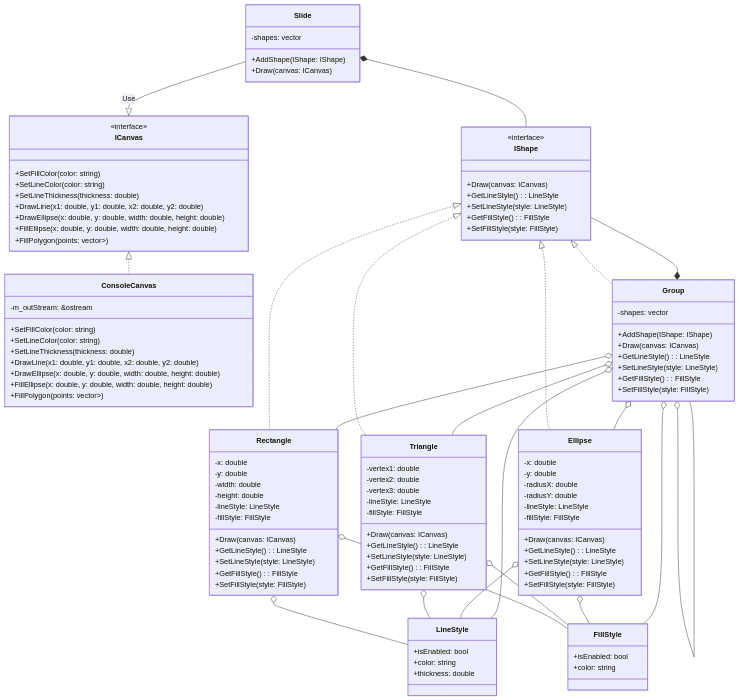
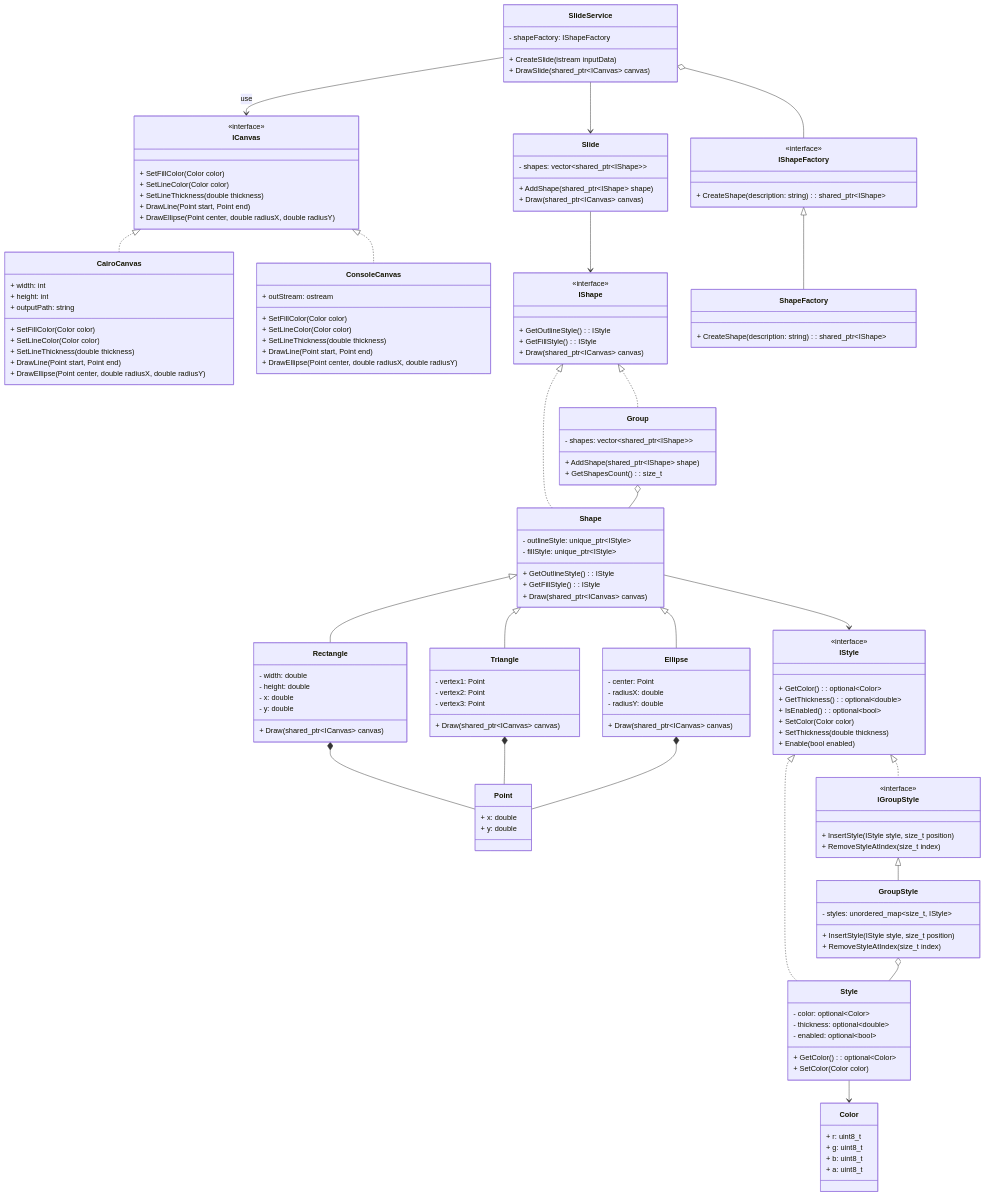
The diagram in 7/uml.md (Thehedgeh0g/OODLabs), drawn with Mermaid before and after one commit. The commit also changed 12 other files, not shown here.

````diff
--- a/7/uml.md
+++ b/7/uml.md
@@ -1,122 +1,171 @@
 ```mermaid
 classDiagram
+%% Canvas Section
     class ICanvas {
         <<interface>>
-        +SetFillColor(color: string)
-        +SetLineColor(color: string)
-        +SetLineThickness(thickness: double)
-        +DrawLine(x1: double, y1: double, x2: double, y2: double)
-        +DrawEllipse(x: double, y: double, width: double, height: double)
-        +FillEllipse(x: double, y: double, width: double, height: double)
-        +FillPolygon(points: vector<pair<double, double>>)
-    }
-    
-    class ConsoleCanvas {
-        -m_outStream: &ostream
-        +SetFillColor(color: string)
-        +SetLineColor(color: string)
-        +SetLineThickness(thickness: double)
-        +DrawLine(x1: double, y1: double, x2: double, y2: double)
-        +DrawEllipse(x: double, y: double, width: double, height: double)
-        +FillEllipse(x: double, y: double, width: double, height: double)
-        +FillPolygon(points: vector<pair<double, double>>)
+        + SetFillColor(Color color)
+        + SetLineColor(Color color)
+        + SetLineThickness(double thickness)
+        + DrawLine(Point start, Point end)
+        + DrawEllipse(Point center, double radiusX, double radiusY)
     }
 
-    class LineStyle {
-        +isEnabled: bool
-        +color: string
-        +thickness: double
+    class CairoCanvas {
+        + width: int
+        + height: int
+        + outputPath: string
+        + SetFillColor(Color color)
+        + SetLineColor(Color color)
+        + SetLineThickness(double thickness)
+        + DrawLine(Point start, Point end)
+        + DrawEllipse(Point center, double radiusX, double radiusY)
     }
 
-    class FillStyle {
-        +isEnabled: bool
-        +color: string
+    class ConsoleCanvas {
+        + outStream: ostream
+        + SetFillColor(Color color)
+        + SetLineColor(Color color)
+        + SetLineThickness(double thickness)
+        + DrawLine(Point start, Point end)
+        + DrawEllipse(Point center, double radiusX, double radiusY)
     }
 
+    ICanvas <|.. CairoCanvas
+    ICanvas <|.. ConsoleCanvas
+
+%% Shape Section
     class IShape {
         <<interface>>
-        +Draw(canvas: ICanvas)
-        +GetLineStyle(): LineStyle
-        +SetLineStyle(style: LineStyle)
-        +GetFillStyle(): FillStyle
-        +SetFillStyle(style: FillStyle)
+        + GetOutlineStyle(): IStyle
+        + GetFillStyle(): IStyle
+        + Draw(shared_ptr~ICanvas~ canvas)
+    }
+
+    class Shape {
+        - outlineStyle: unique_ptr~IStyle~
+        - fillStyle: unique_ptr~IStyle~
+        + GetOutlineStyle(): IStyle
+        + GetFillStyle(): IStyle
+        + Draw(shared_ptr~ICanvas~ canvas)
+    }
+
+    class Point {
+        + x: double
+        + y: double
+    }
+
+    class Triangle {
+        - vertex1: Point
+        - vertex2: Point
+        - vertex3: Point
+        + Draw(shared_ptr~ICanvas~ canvas)
+    }
+
+    class Ellipse {
+        - center: Point
+        - radiusX: double
+        - radiusY: double
+        + Draw(shared_ptr~ICanvas~ canvas)
     }
 
     class Rectangle {
-        -x: double
-        -y: double
-        -width: double
-        -height: double
-        -lineStyle: LineStyle
-        -fillStyle: FillStyle
-        +Draw(canvas: ICanvas)
-        +GetLineStyle(): LineStyle
-        +SetLineStyle(style: LineStyle)
-        +GetFillStyle(): FillStyle
-        +SetFillStyle(style: FillStyle)
-    }
-
-    class Ellipse {
-        -x: double
-        -y: double
-        -radiusX: double
-        -radiusY: double
-        -lineStyle: LineStyle
-        -fillStyle: FillStyle
-        +Draw(canvas: ICanvas)
-        +GetLineStyle(): LineStyle
-        +SetLineStyle(style: LineStyle)
-        +GetFillStyle(): FillStyle
-        +SetFillStyle(style: FillStyle)
-    }
-
-    class Triangle {
-        -vertex1: double
-        -vertex2: double
-        -vertex3: double
-        -lineStyle: LineStyle
-        -fillStyle: FillStyle
-        +Draw(canvas: ICanvas)
-        +GetLineStyle(): LineStyle
-        +SetLineStyle(style: LineStyle)
-        +GetFillStyle(): FillStyle
-        +SetFillStyle(style: FillStyle)
+        - width: double
+        - height: double
+        - x: double
+        - y: double
+        + Draw(shared_ptr~ICanvas~ canvas)
     }
 
     class Group {
-        -shapes: vector<IShape>
-        +AddShape(IShape: IShape)
-        +Draw(canvas: ICanvas)
-        +GetLineStyle(): LineStyle
-        +SetLineStyle(style: LineStyle)
-        +GetFillStyle(): FillStyle
-        +SetFillStyle(style: FillStyle)
+        - shapes: vector~shared_ptr~IShape~~
+        + AddShape(shared_ptr~IShape~ shape)
+        + GetShapesCount(): size_t
     }
 
-    class Slide {
-        -shapes: vector<IShape>
-        +AddShape(IShape: IShape)
-        +Draw(canvas: ICanvas)
+    IShape <|.. Shape
+    Shape <|-- Triangle
+    Shape <|-- Ellipse
+    Shape <|-- Rectangle
+    IShape <|.. Group
+    Rectangle *-- Point
+    Triangle *-- Point
+    Ellipse *-- Point
+    Group o-- Shape
+
+%% ShapeFactory Section
+    class IShapeFactory {
+        <<interface>>
+        + CreateShape(description: string): shared_ptr~IShape~
     }
 
-    ICanvas <|.. ConsoleCanvas
-    IShape <|.. Rectangle
-    IShape <|.. Ellipse
-    IShape <|.. Triangle
-    IShape <|.. Group
-    Slide *-- IShape
-    Group *-- IShape
-    Rectangle o-- LineStyle
-    Rectangle o-- FillStyle
-    Triangle o-- LineStyle
-    Triangle o-- FillStyle
-    Ellipse o-- LineStyle
-    Ellipse o-- FillStyle
-    Group o-- LineStyle
-    Group o-- FillStyle
-    Group o-- Rectangle
-    Group o-- Triangle
-    Group o-- Ellipse
-    Group o-- Group
-    Slide --|> ICanvas : Use
+    class ShapeFactory {
+        + CreateShape(description: string): shared_ptr~IShape~
+    }
+
+    IShapeFactory <|-- ShapeFactory
+
+%% Slide Section
+    class Slide {
+        - shapes: vector~shared_ptr~IShape~~
+        + AddShape(shared_ptr~IShape~ shape)
+        + Draw(shared_ptr~ICanvas~ canvas)
+    }
+
+    class SlideService {
+        - shapeFactory: IShapeFactory
+        + CreateSlide(istream inputData)
+        + DrawSlide(shared_ptr~ICanvas~ canvas)
+    }
+
+    SlideService --> Slide
+    Slide --> IShape
+
+%% Style Section
+    class IStyle {
+        <<interface>>
+        + GetColor(): optional~Color~
+        + GetThickness(): optional~double~
+        + IsEnabled(): optional~bool~
+        + SetColor(Color color)
+        + SetThickness(double thickness)
+        + Enable(bool enabled)
+    }
+
+    class Style {
+        - color: optional~Color~
+        - thickness: optional~double~
+        - enabled: optional~bool~
+        + GetColor(): optional~Color~
+        + SetColor(Color color)
+    }
+
+    class Color {
+        + r: uint8_t
+        + g: uint8_t
+        + b: uint8_t
+        + a: uint8_t
+    }
+
+    class IGroupStyle {
+        <<interface>>
+        + InsertStyle(IStyle style, size_t position)
+        + RemoveStyleAtIndex(size_t index)
+    }
+
+    class GroupStyle {
+        - styles: unordered_map~size_t, IStyle~
+        + InsertStyle(IStyle style, size_t position)
+        + RemoveStyleAtIndex(size_t index)
+    }
+
+    IStyle <|.. Style
+    IStyle <|.. IGroupStyle
+    IGroupStyle <|-- GroupStyle
+    GroupStyle o-- Style
+    Style --> Color
+    Shape --> IStyle
+    
+    
+    SlideService o-- IShapeFactory
+    SlideService --> ICanvas : use
 ```
````
